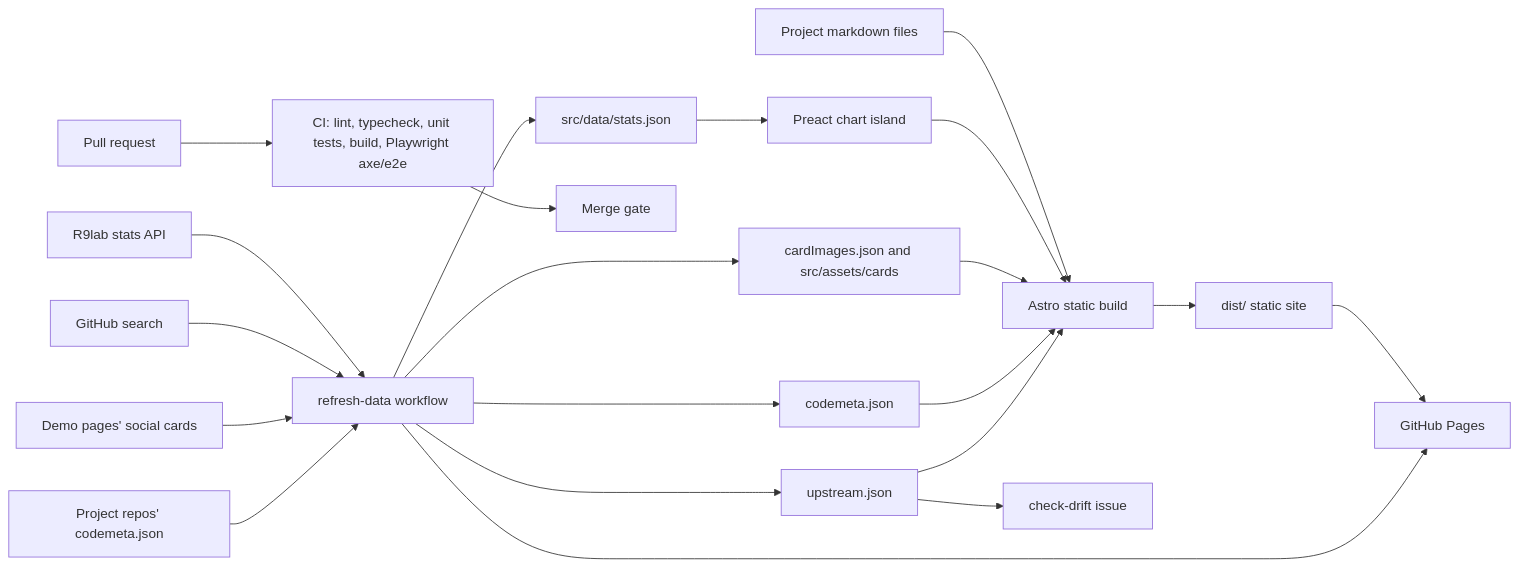
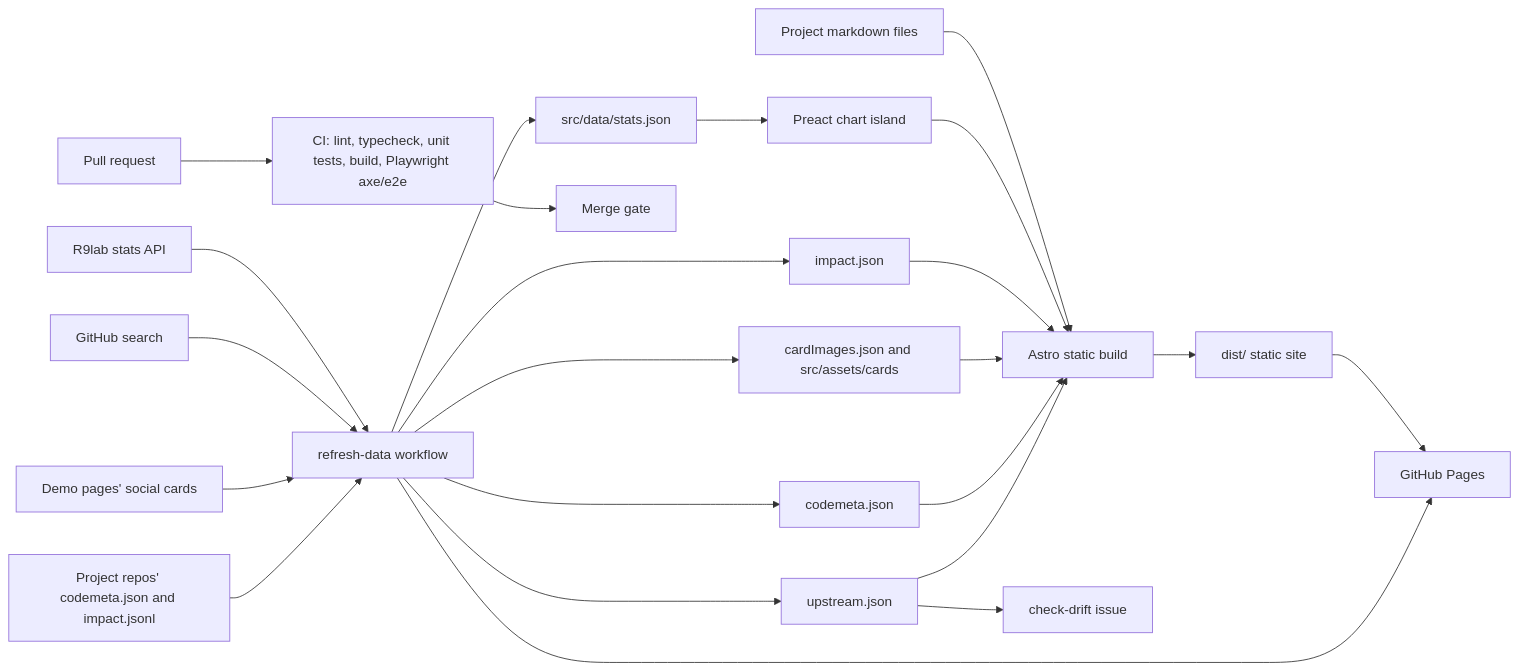
The diagram in docs/architecture.md (simonvanlierde/simonvanlierde.github.io), drawn with Mermaid before and after one commit. The commit also changed other lines of this file and 12 other files, not shown here.

First line of the commit message:
feat(projects): show each project's latest CO2e range from its impact records

````diff
--- a/docs/architecture.md
+++ b/docs/architecture.md
@@ -5,25 +5,27 @@
 ```mermaid
 flowchart LR
   author[Project markdown files] --> astro[Astro static build]
   stats[src/data/stats.json] --> island[Preact chart island]
   island --> astro
   astro --> dist[dist/ static site]
   dist --> pages[GitHub Pages]
 
   r9lab[R9lab stats API] --> refresh[refresh-data workflow]
   search[GitHub search] --> refresh
   refresh --> stats
   refresh --> upjson[upstream.json]
   demos[Demo pages' social cards] --> refresh
-  repos[Project repos' codemeta.json] --> refresh
+  repos[Project repos' codemeta.json and impact.jsonl] --> refresh
   refresh --> cards[cardImages.json and src/assets/cards]
   refresh --> codemeta[codemeta.json]
+  refresh --> impact[impact.json]
+  impact --> astro
   cards --> astro
   codemeta --> astro
   upjson --> astro
   upjson --> drift[check-drift issue]
   refresh --> pages
 
   pr[Pull request] --> ci[CI: lint, typecheck, unit tests, build, Playwright axe/e2e]
   ci --> review[Merge gate]
 ```
````
